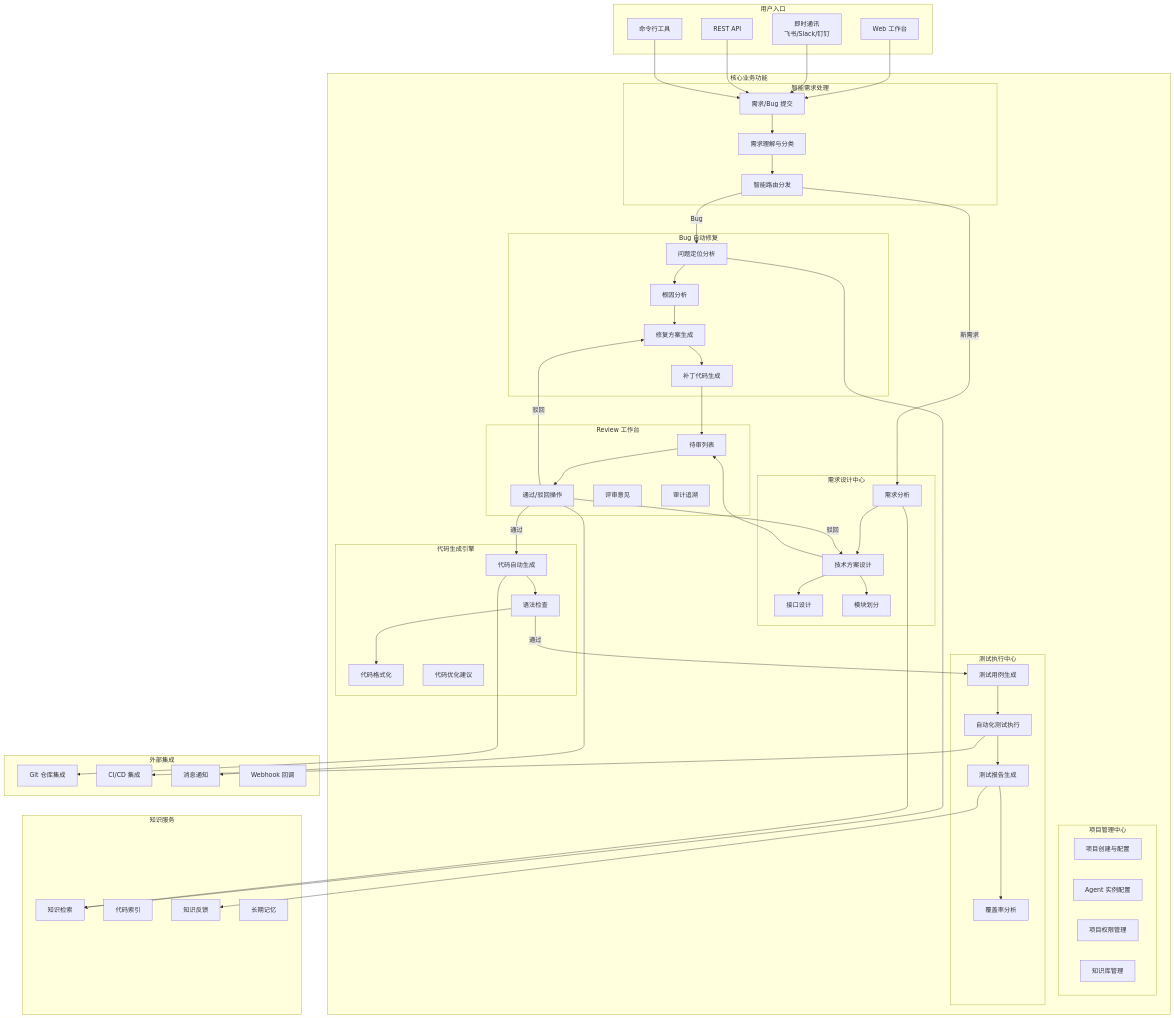
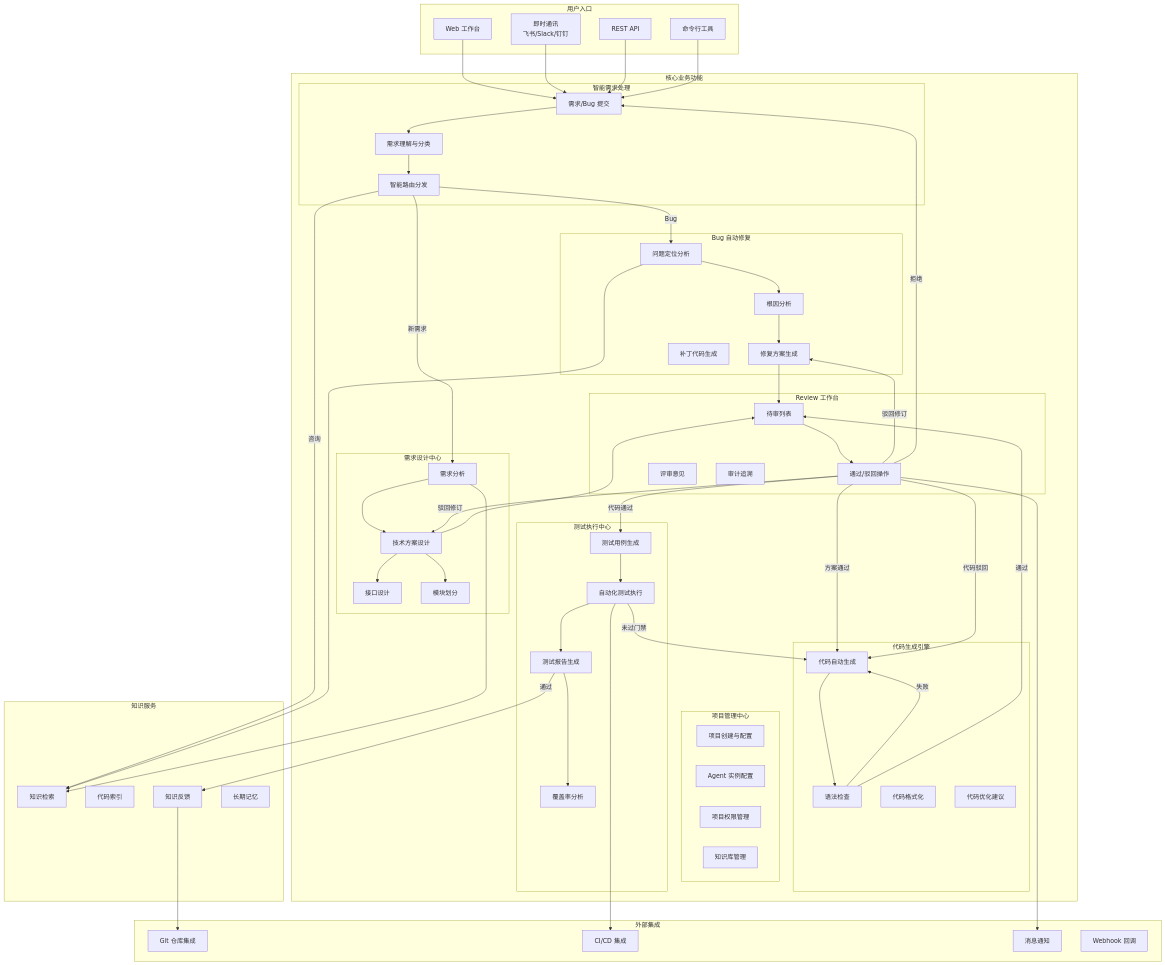
Before and after one commit to fujincursor/OpsPilot: diagram 11 of 11 in docs/DeerFlow架构重设计-运维Agent生产系统.md, drawn with Mermaid. The commit also changed other lines of this file and 110 other files, not shown here.

````diff
--- a/docs/DeerFlow架构重设计-运维Agent生产系统.md
+++ b/docs/DeerFlow架构重设计-运维Agent生产系统.md
@@ -1332,29 +1333,35 @@
     DemandInput --> DemandAnalysis
     DemandAnalysis --> DemandRoute
     
+    DemandRoute -->|咨询| KBSearch
     DemandRoute -->|Bug| BugLocate
     DemandRoute -->|新需求| FeatureAnalysis
     
-    BugLocate --> BugRoot --> BugFix --> BugPatch
+    BugLocate --> BugRoot --> BugFix
     FeatureAnalysis --> TechDesign --> APIDesign & ModuleDesign
     
-    BugPatch --> ReviewList
+    BugFix --> ReviewList
     TechDesign --> ReviewList
     
     ReviewList --> ReviewAction
-    ReviewAction -->|通过| CodeGen
-    ReviewAction -->|驳回| BugFix & TechDesign
+    ReviewAction -->|方案通过| CodeGen
+    ReviewAction -->|驳回修订| BugFix & TechDesign
+    ReviewAction -->|拒绝| DemandInput
     
-    CodeGen --> CodeLint --> CodeFormat
-    CodeLint -->|通过| TestGen
+    CodeGen --> CodeLint
+    CodeLint -->|失败| CodeGen
+    CodeLint -->|通过| ReviewList
+    ReviewAction -->|代码通过| TestGen
+    ReviewAction -->|代码驳回| CodeGen
     
     TestGen --> TestRun --> TestReport
     TestReport --> TestCoverage
+    TestRun -->|未过门禁| CodeGen
+    TestReport -->|通过| KBFeedback
     
     BugLocate & FeatureAnalysis --> KBSearch
-    TestReport --> KBFeedback
     
-    CodeGen --> GitIntegration
+    KBFeedback --> GitIntegration
     TestRun --> CICDIntegration
     ReviewAction --> IMNotify
 ```
````
